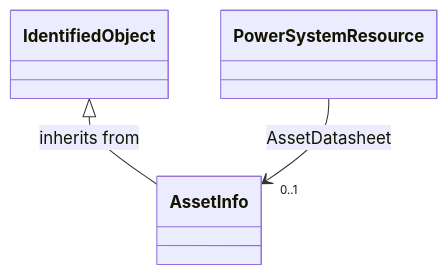
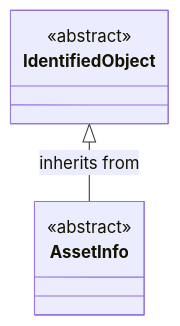
One commit to PNNL-CIM-Tools/CIM-Graph changed the eighth of 14 diagrams in cimgraph/data_profile/cim18gmdm/asset/Asset.rdfs-t2b.md. Above: the diagram before and after it, drawn with Mermaid. The commit also changed other lines of this file and 28 other files, not shown here.

````diff
--- a/cimgraph/data_profile/cim18gmdm/asset/Asset.rdfs-t2b.md
+++ b/cimgraph/data_profile/cim18gmdm/asset/Asset.rdfs-t2b.md
@@ -369,7 +418,14 @@
 ```mermaid
 classDiagram
-class AssetInfo{
+direction TB
+
+class AssetInfo {
+<<abstract>>
 }
+
+class IdentifiedObject {
+<<abstract>>
+}
+
 IdentifiedObject <|-- AssetInfo : inherits from
-PowerSystemResource --> "0..1" AssetInfo : AssetDatasheet
 ```
````
